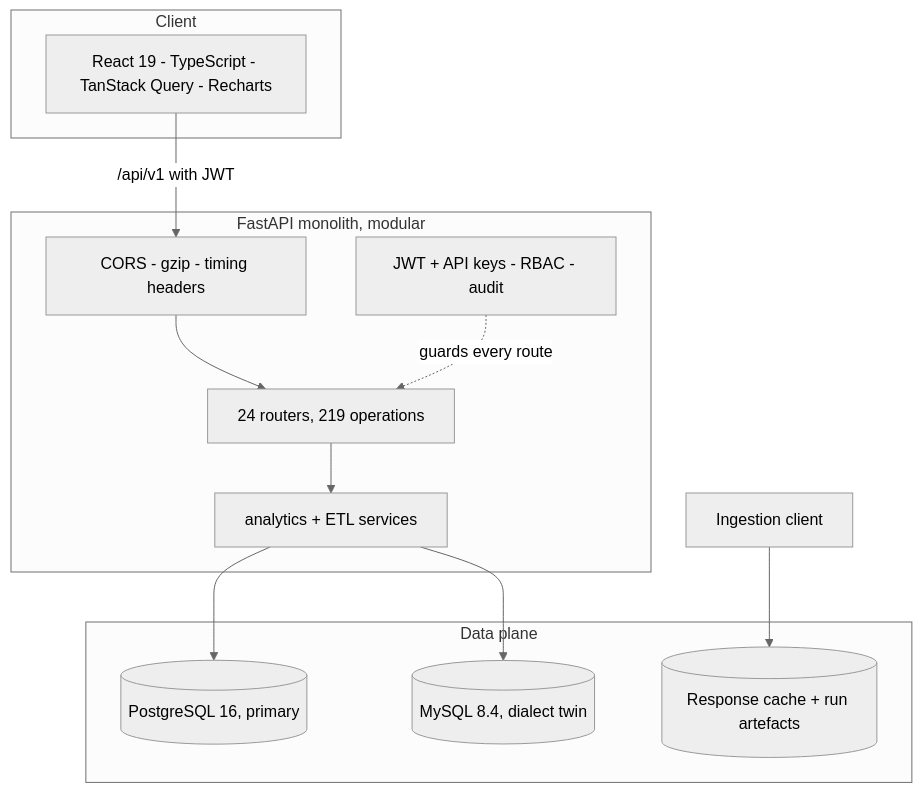
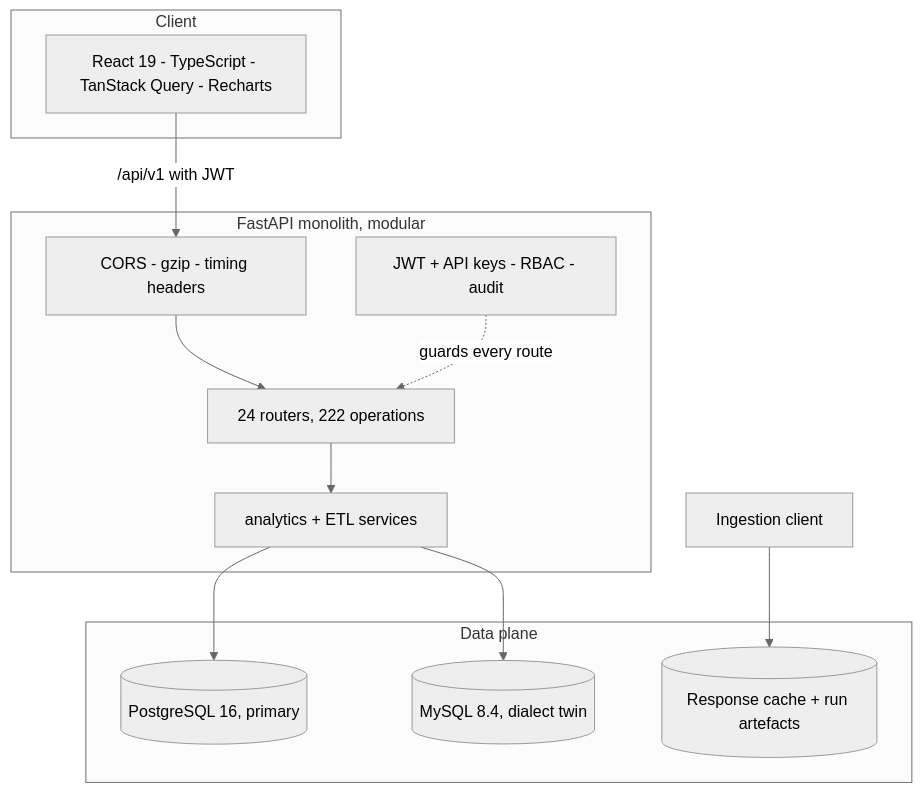
One commit to Ahmedbakr78/Web-to-Warehouse-Product-Intelligence-Pipeline changed the third of 17 diagrams in README.md. Above: the diagram before and after it, drawn with Mermaid (neutral theme). The commit also changed other lines of this file and 187 other files, not shown here.

````diff
--- a/README.md
+++ b/README.md
@@ -356,22 +361,22 @@
 ```mermaid
 flowchart TB
     subgraph Browser["Client"]
         RE["React 19 - TypeScript - TanStack Query - Recharts"]
     end
     subgraph Server["FastAPI monolith, modular"]
         MW["CORS - gzip - timing headers"]
-        RT["24 routers, 219 operations"]
+        RT["24 routers, 222 operations"]
         SV["analytics + ETL services"]
         SEC["JWT + API keys - RBAC - audit"]
         MW --> RT --> SV
         SEC -.guards every route.-> RT
     end
     subgraph Data["Data plane"]
         PG[("PostgreSQL 16, primary")]
         MY[("MySQL 8.4, dialect twin")]
         FS[("Response cache + run artefacts")]
     end
     RE -->|"/api/v1 with JWT"| MW
     SV --> PG & MY
     HC2["Ingestion client"] --> FS
 ```
````
